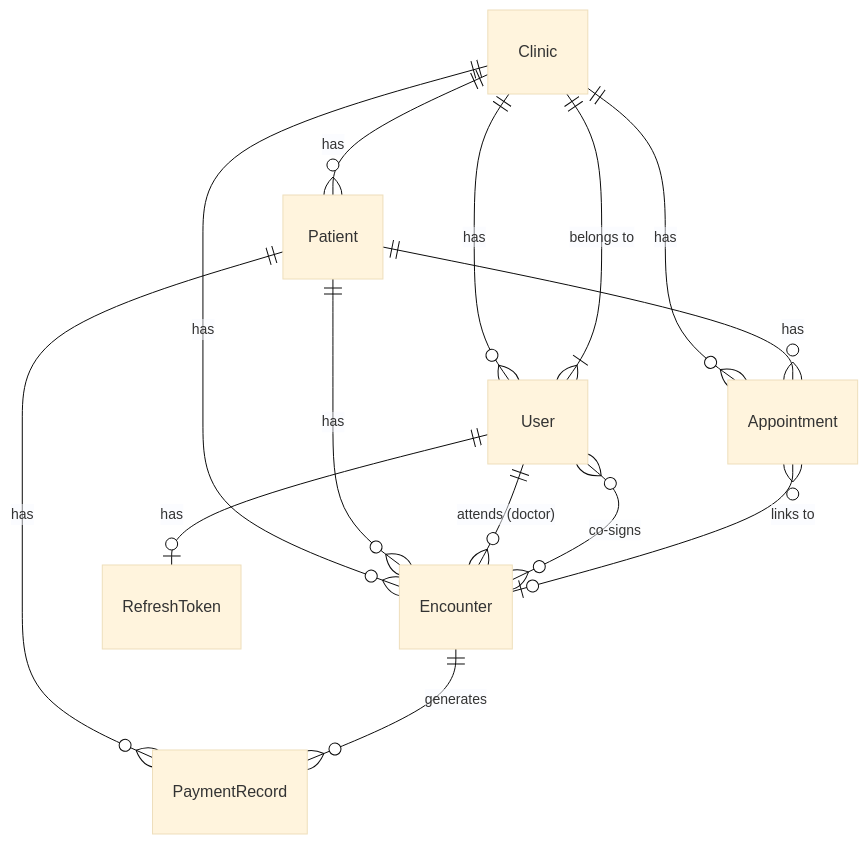
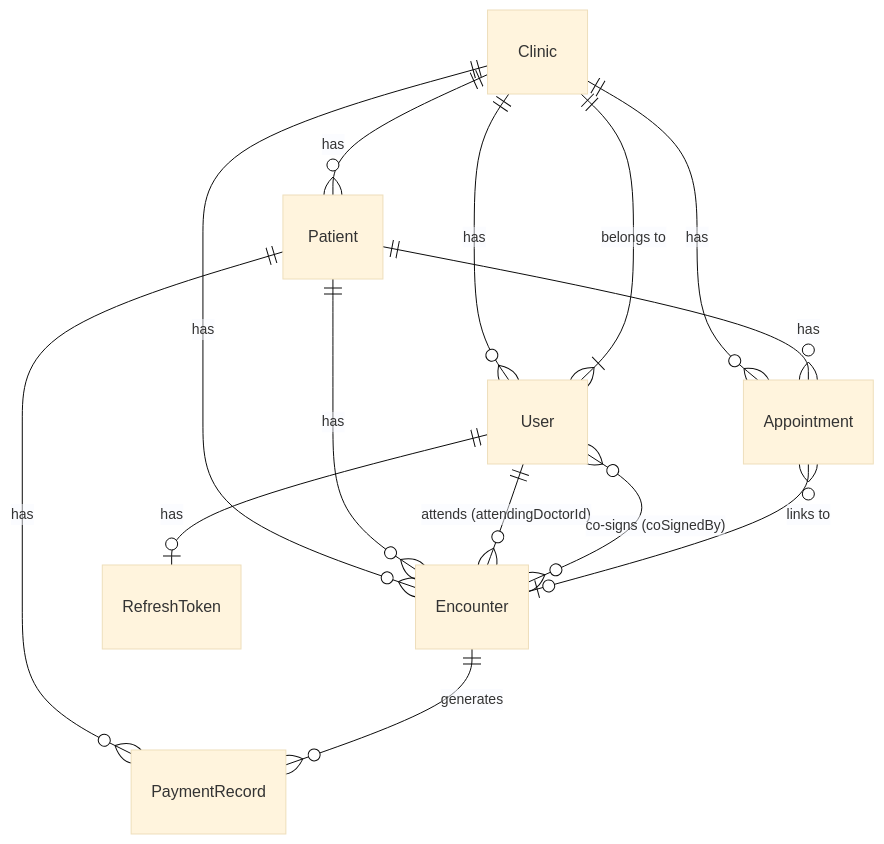
One commit to Health-watchers/health_watchers changed the diagram in docs/DATABASE_SCHEMA.md. Above: the diagram before and after it, drawn with Mermaid (base theme). The commit also changed other lines of this file and 3 other files, not shown here.

First line of the commit message:
docs: add comprehensive API rate limiting, DB schema, testing, and troubleshooting guides

````diff
--- a/docs/DATABASE_SCHEMA.md
+++ b/docs/DATABASE_SCHEMA.md
@@ -9,16 +31,16 @@
 ```mermaid
 erDiagram
     Clinic ||--o{ User : "has"
     Clinic ||--o{ Patient : "has"
     Clinic ||--o{ Encounter : "has"
     Clinic ||--o{ Appointment : "has"
     Patient ||--o{ Encounter : "has"
     Patient ||--o{ Appointment : "has"
     Patient ||--o{ PaymentRecord : "has"
-    User ||--o{ Encounter : "attends (doctor)"
-    User }o--o{ Encounter : "co-signs"
+    User ||--o{ Encounter : "attends (attendingDoctorId)"
+    User }o--o{ Encounter : "co-signs (coSignedBy)"
     Encounter ||--o{ PaymentRecord : "generates"
     Appointment }o--o| Encounter : "links to"
     User ||--o| RefreshToken : "has"
     User }|--|| Clinic : "belongs to"
 ```
````
